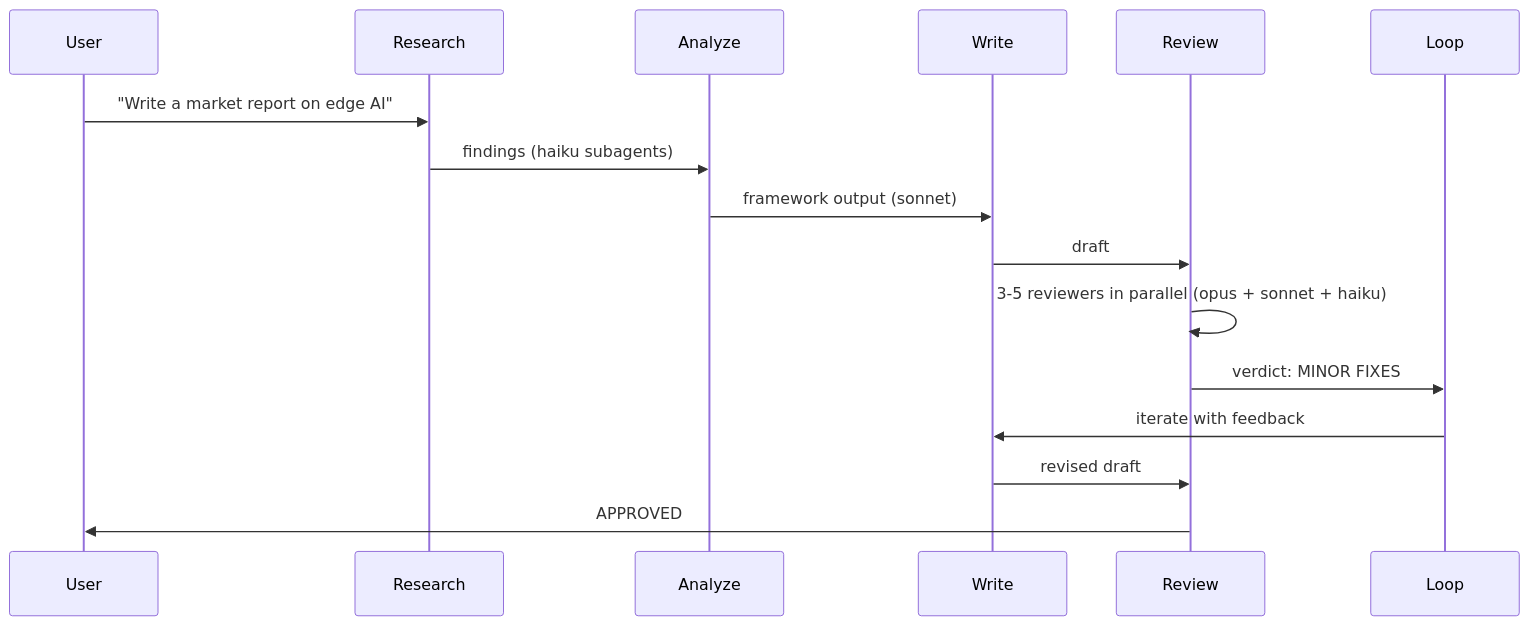
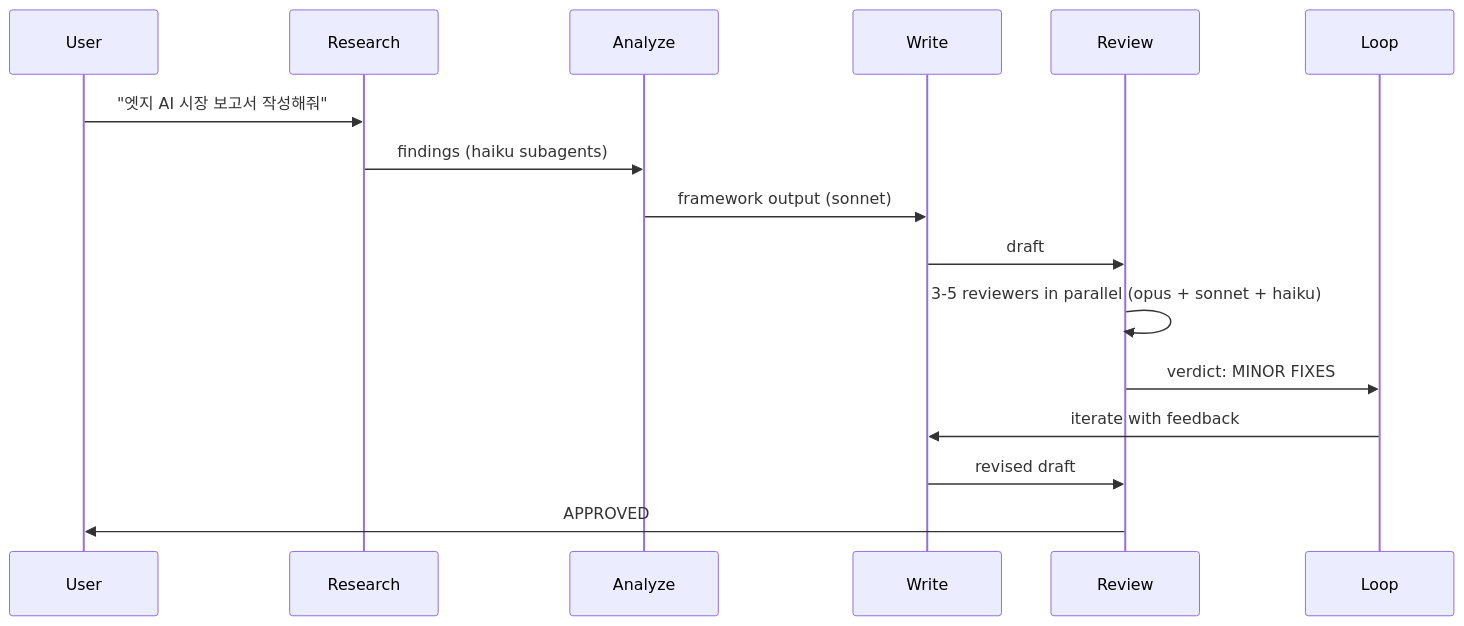
One commit to unclejobs-ai/second-claude-code changed the second of 3 diagrams in README.ko.md. Above: the diagram before and after it, drawn with Mermaid. The commit also changed other lines of this file and 2 other files, not shown here.

````diff
--- a/README.ko.md
+++ b/README.ko.md
@@ -140,19 +140,19 @@
 ```mermaid
 sequenceDiagram
     participant U as User
     participant R as Research
     participant A as Analyze
     participant W as Write
     participant V as Review
     participant L as Loop
 
-    U->>R: "Write a market report on edge AI"
+    U->>R: "엣지 AI 시장 보고서 작성해줘"
     R->>A: findings (haiku subagents)
     A->>W: framework output (sonnet)
     W->>V: draft
     V->>V: 3-5 reviewers in parallel (opus + sonnet + haiku)
     V->>L: verdict: MINOR FIXES
     L->>W: iterate with feedback
     W->>V: revised draft
     V->>U: APPROVED
 ```
````
